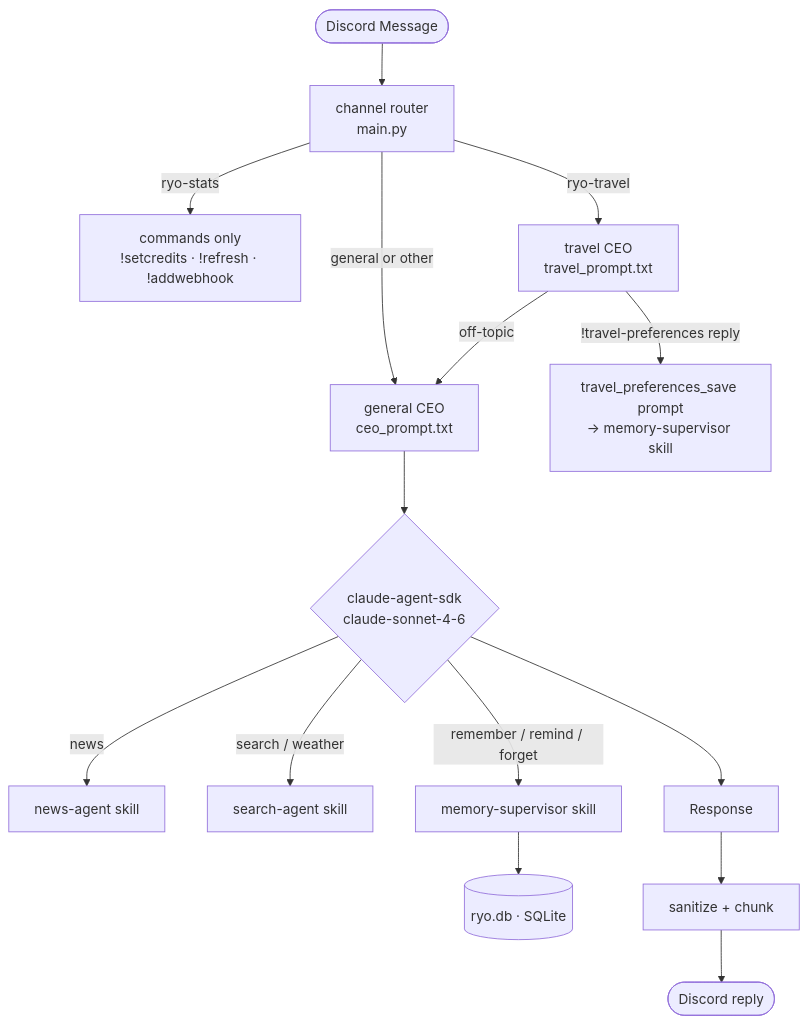
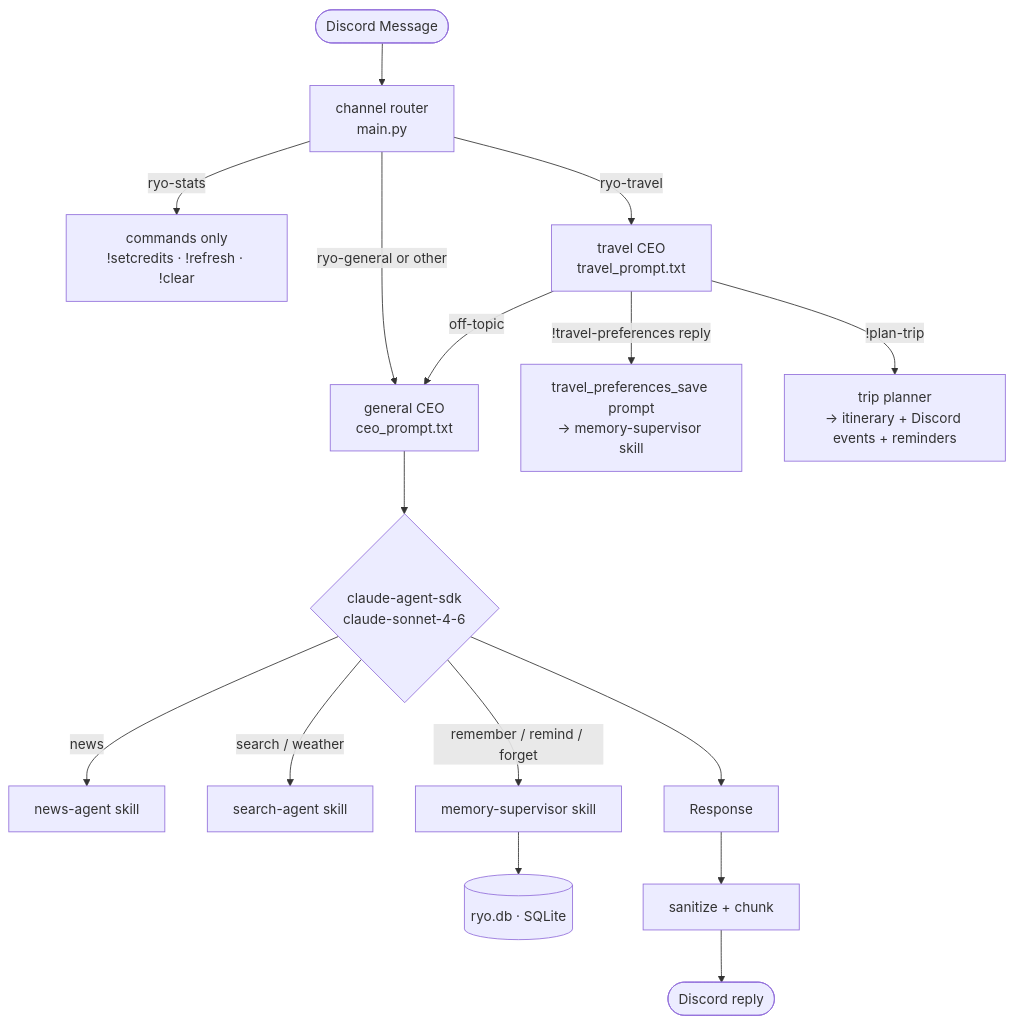
One commit to siddh30/RYO changed the first of 3 diagrams in README.MD. Above: the diagram before and after it, drawn with Mermaid. The commit also changed other lines of this file, not shown here.

First line of the commit message:
Update README: remove webhooks, reflect channel-scoped commands

````diff
--- a/README.MD
+++ b/README.MD
@@ -92,21 +101,22 @@
 ```mermaid
 flowchart TD
     A([Discord Message]) --> B[channel router\nmain.py]
 
-    B -->|ryo-stats| C[commands only\n!setcredits · !refresh · !addwebhook]
+    B -->|ryo-stats| C[commands only\n!setcredits · !refresh · !clear]
     B -->|ryo-travel| D[travel CEO\ntravel_prompt.txt]
-    B -->|general or other| E[general CEO\nceo_prompt.txt]
+    B -->|ryo-general or other| E[general CEO\nceo_prompt.txt]
 
     D -->|off-topic| E
     D -->|!travel-preferences reply| F[travel_preferences_save prompt\n→ memory-supervisor skill]
+    D -->|!plan-trip| G[trip planner\n→ itinerary + Discord events + reminders]
 
-    E --> G{claude-agent-sdk\nclaude-sonnet-4-6}
-    G -->|news| H[news-agent skill]
-    G -->|search / weather| I[search-agent skill]
-    G -->|remember / remind / forget| J[memory-supervisor skill]
-    J --> K[(ryo.db · SQLite)]
+    E --> H{claude-agent-sdk\nclaude-sonnet-4-6}
+    H -->|news| I[news-agent skill]
+    H -->|search / weather| J[search-agent skill]
+    H -->|remember / remind / forget| K[memory-supervisor skill]
+    K --> L[(ryo.db · SQLite)]
 
-    G --> L[Response]
-    L --> M[sanitize + chunk]
-    M --> N([Discord reply])
+    H --> M[Response]
+    M --> N[sanitize + chunk]
+    N --> O([Discord reply])
 ```
````
